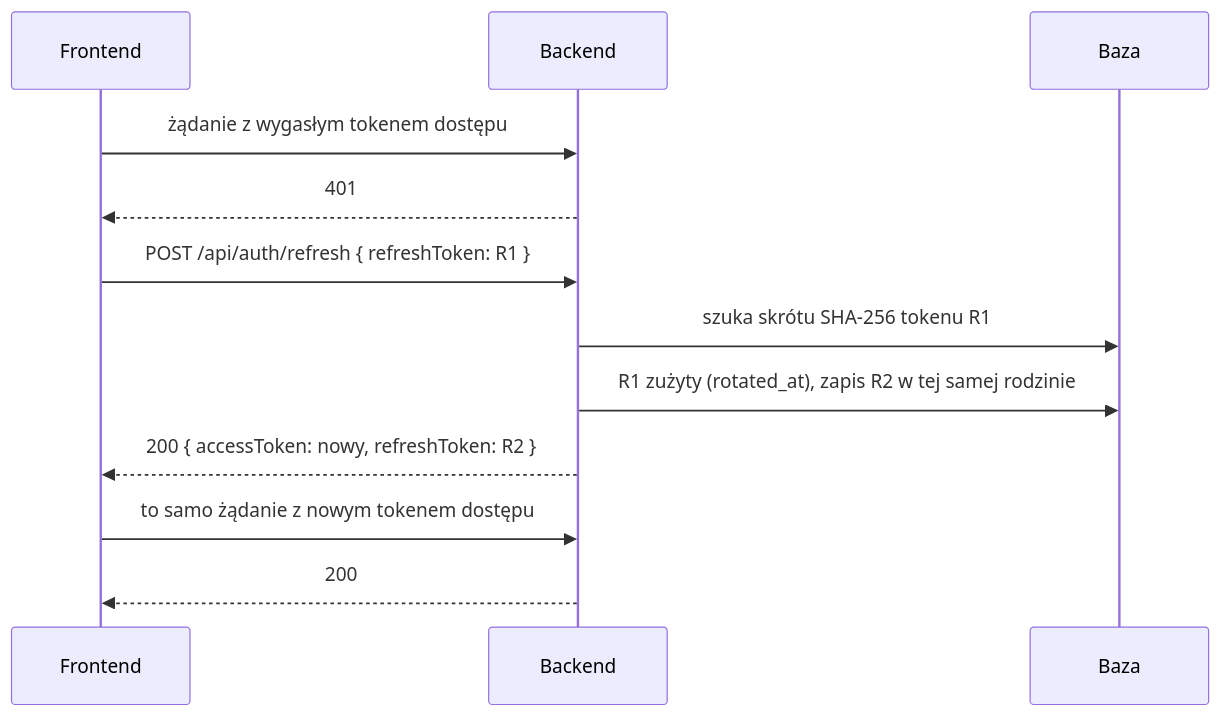
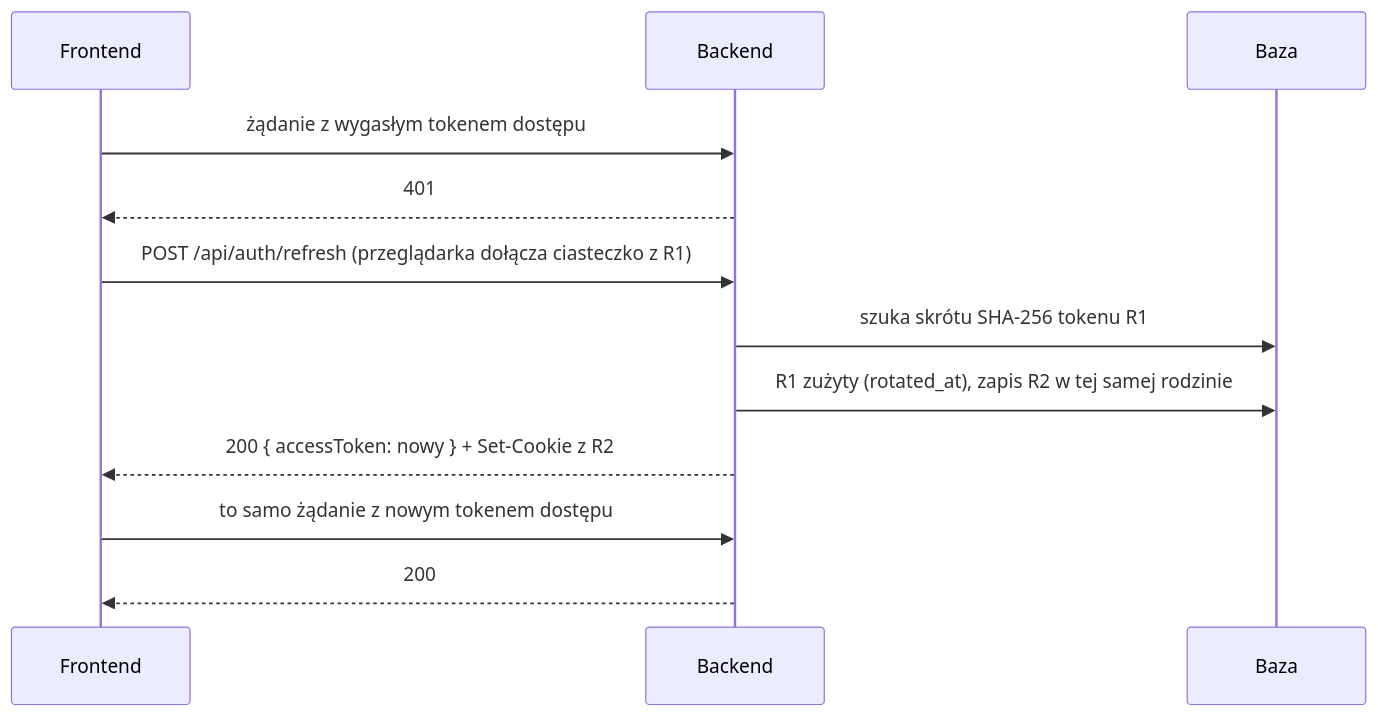
Before and after one commit to YellowHand/tutlaw-backend: the third of 4 diagrams in docs/03-bezpieczenstwo-i-konta.md, drawn with Mermaid. The commit also changed other lines of this file and 30 other files, not shown here.

````diff
--- a/docs/03-bezpieczenstwo-i-konta.md
+++ b/docs/03-bezpieczenstwo-i-konta.md
@@ -130,14 +131,14 @@
 ```mermaid
 sequenceDiagram
     participant F as Frontend
     participant B as Backend
     participant DB as Baza
     F->>B: żądanie z wygasłym tokenem dostępu
     B-->>F: 401
-    F->>B: POST /api/auth/refresh { refreshToken: R1 }
+    F->>B: POST /api/auth/refresh (przeglądarka dołącza ciasteczko z R1)
     B->>DB: szuka skrótu SHA-256 tokenu R1
     B->>DB: R1 zużyty (rotated_at), zapis R2 w tej samej rodzinie
-    B-->>F: 200 { accessToken: nowy, refreshToken: R2 }
+    B-->>F: 200 { accessToken: nowy } + Set-Cookie z R2
     F->>B: to samo żądanie z nowym tokenem dostępu
     B-->>F: 200
 ```
````
